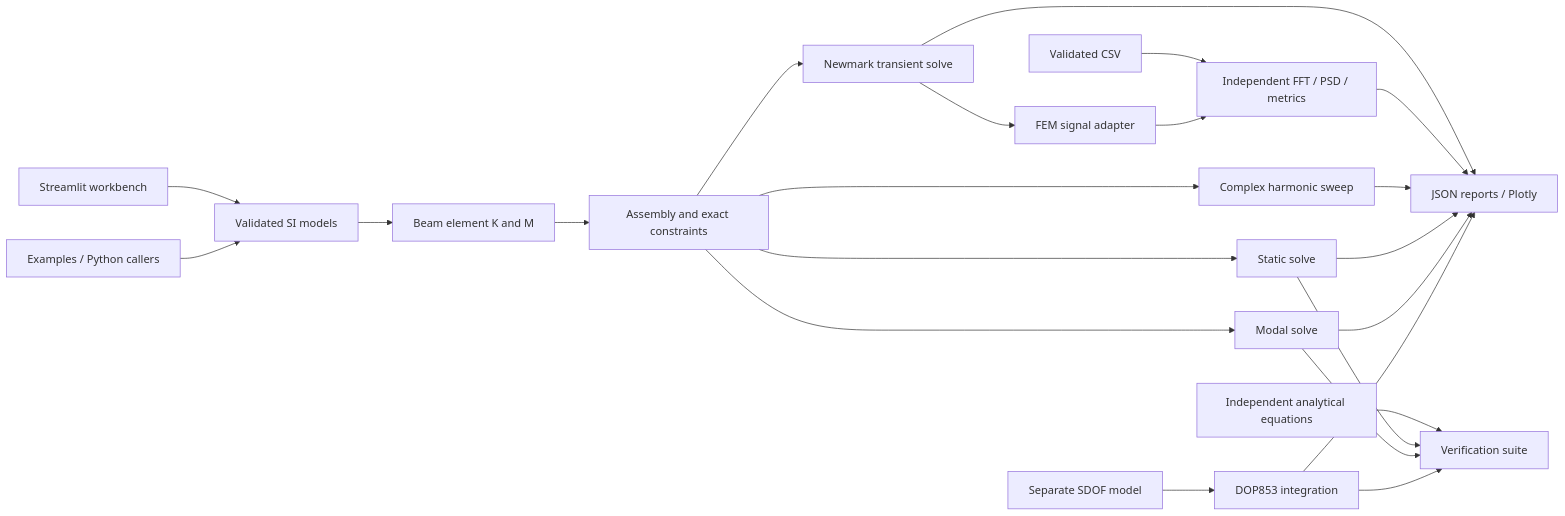
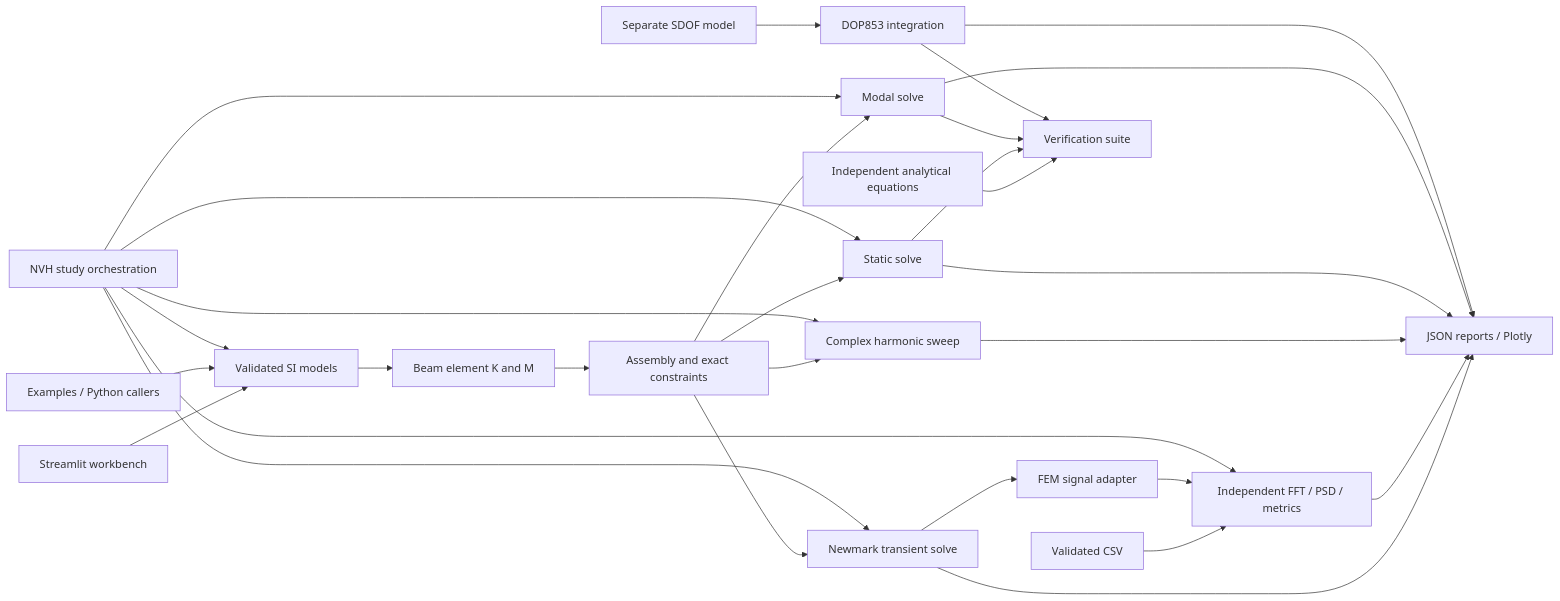
One commit to AsherFerdinand/VIBRA changed the diagram in docs/architecture.md. Above: the diagram before and after it, drawn with Mermaid. The commit also changed other lines of this file and 25 other files, not shown here.

Commit message:
feat: add reproducible automotive NVH engineering study

````diff
--- a/docs/architecture.md
+++ b/docs/architecture.md
@@ -9,25 +9,31 @@
 ```mermaid
 flowchart LR
     UI[Streamlit workbench] --> Models[Validated SI models]
     Examples[Examples / Python callers] --> Models
     Models --> Element[Beam element K and M]
     Element --> Assembly[Assembly and exact constraints]
     Assembly --> Static[Static solve]
     Assembly --> Modal[Modal solve]
     Assembly --> Harmonic[Complex harmonic sweep]
     Assembly --> Transient[Newmark transient solve]
     Transient --> Output
     Transient --> Adapter[FEM signal adapter]
     CSV[Validated CSV] --> Signals[Independent FFT / PSD / metrics]
     Adapter --> Signals
     Signals --> Output
+    Study[NVH study orchestration] --> Models
+    Study --> Static
+    Study --> Modal
+    Study --> Harmonic
+    Study --> Transient
+    Study --> Signals
     Harmonic --> Output
     SDOF[Separate SDOF model] --> Integrator[DOP853 integration]
     Static --> Output[JSON reports / Plotly]
     Modal --> Output
     Integrator --> Output
     Benchmarks[Independent analytical equations] --> Tests[Verification suite]
     Static --> Tests
     Modal --> Tests
     Integrator --> Tests
 ```
````
